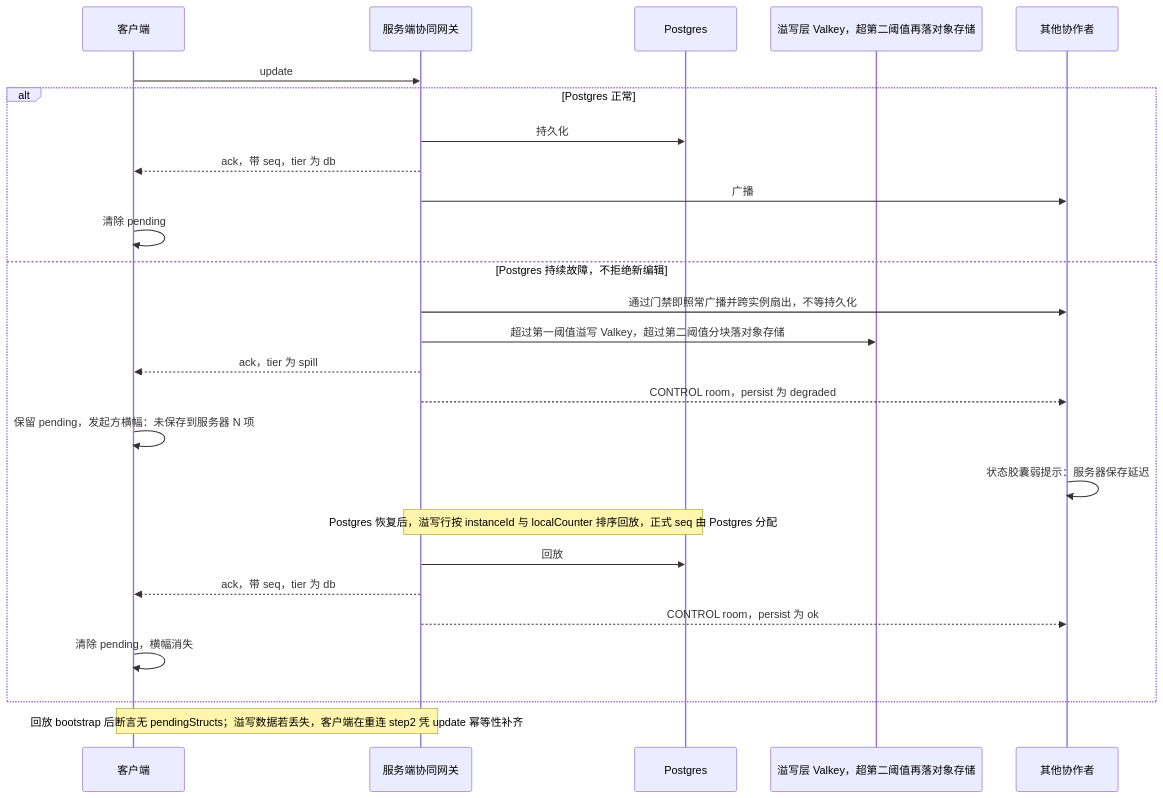
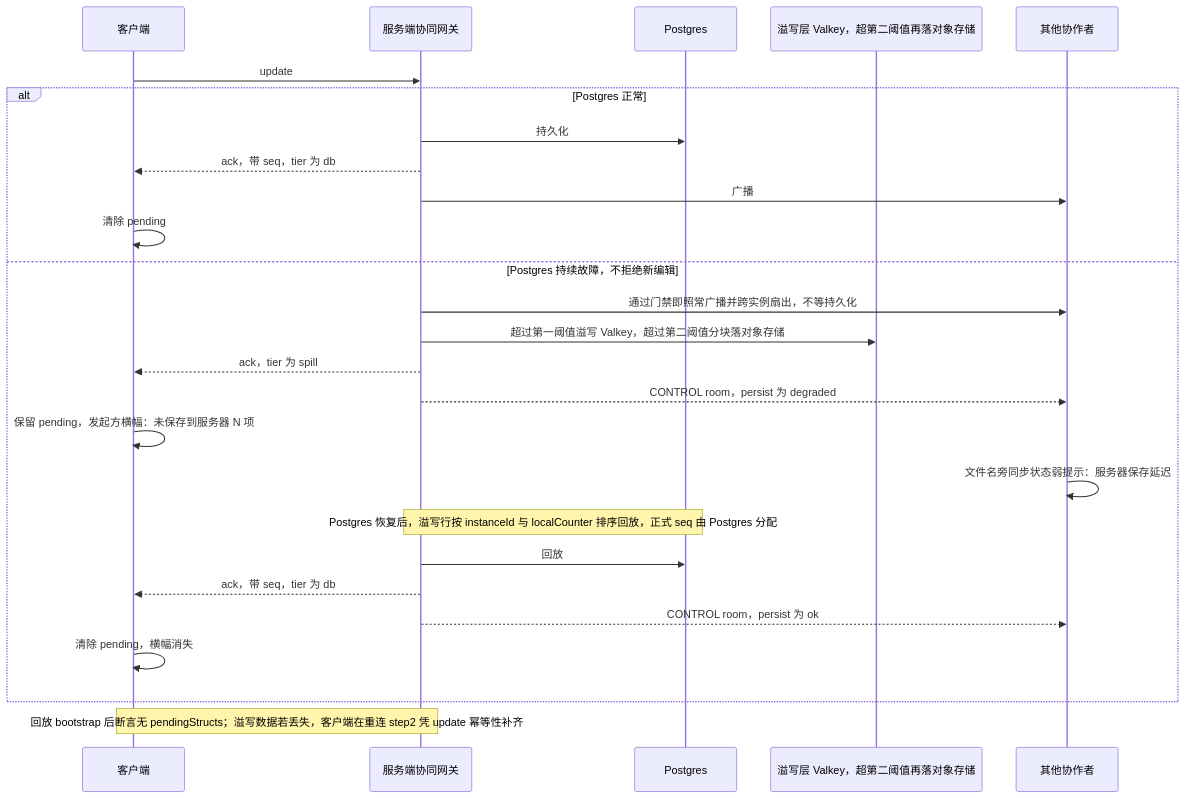
The eighth of 14 diagrams in docs/10-prd/03-features/06-server-and-ops.md (Xeonice/cordis-ppt-editor), drawn with Mermaid before and after one commit. The commit also changed other lines of this file and 16 other files, not shown here.

First line of the commit message:
docs(prd): 按设计语言 v3 改读需求表述（第 0–3 批与母版视图改版）

````diff
--- a/docs/10-prd/03-features/06-server-and-ops.md
+++ b/docs/10-prd/03-features/06-server-and-ops.md
@@ -296,28 +296,28 @@
 ```mermaid
 sequenceDiagram
   participant client as 客户端
   participant gw as 服务端协同网关
   participant pg as Postgres
   participant spill as 溢写层 Valkey，超第二阈值再落对象存储
   participant peers as 其他协作者
   client->>gw: update
   alt Postgres 正常
     gw->>pg: 持久化
     gw-->>client: ack，带 seq，tier 为 db
     gw->>peers: 广播
     client->>client: 清除 pending
   else Postgres 持续故障，不拒绝新编辑
     gw->>peers: 通过门禁即照常广播并跨实例扇出，不等持久化
     gw->>spill: 超过第一阈值溢写 Valkey，超过第二阈值分块落对象存储
     gw-->>client: ack，tier 为 spill
     gw-->>peers: CONTROL room，persist 为 degraded
     client->>client: 保留 pending，发起方横幅：未保存到服务器 N 项
-    peers->>peers: 状态胶囊弱提示：服务器保存延迟
+    peers->>peers: 文件名旁同步状态弱提示：服务器保存延迟
     Note over gw,pg: Postgres 恢复后，溢写行按 instanceId 与 localCounter 排序回放，正式 seq 由 Postgres 分配
     gw->>pg: 回放
     gw-->>client: ack，带 seq，tier 为 db
     gw-->>peers: CONTROL room，persist 为 ok
     client->>client: 清除 pending，横幅消失
   end
   Note over client,gw: 回放 bootstrap 后断言无 pendingStructs；溢写数据若丢失，客户端在重连 step2 凭 update 幂等性补齐
 ```
````
